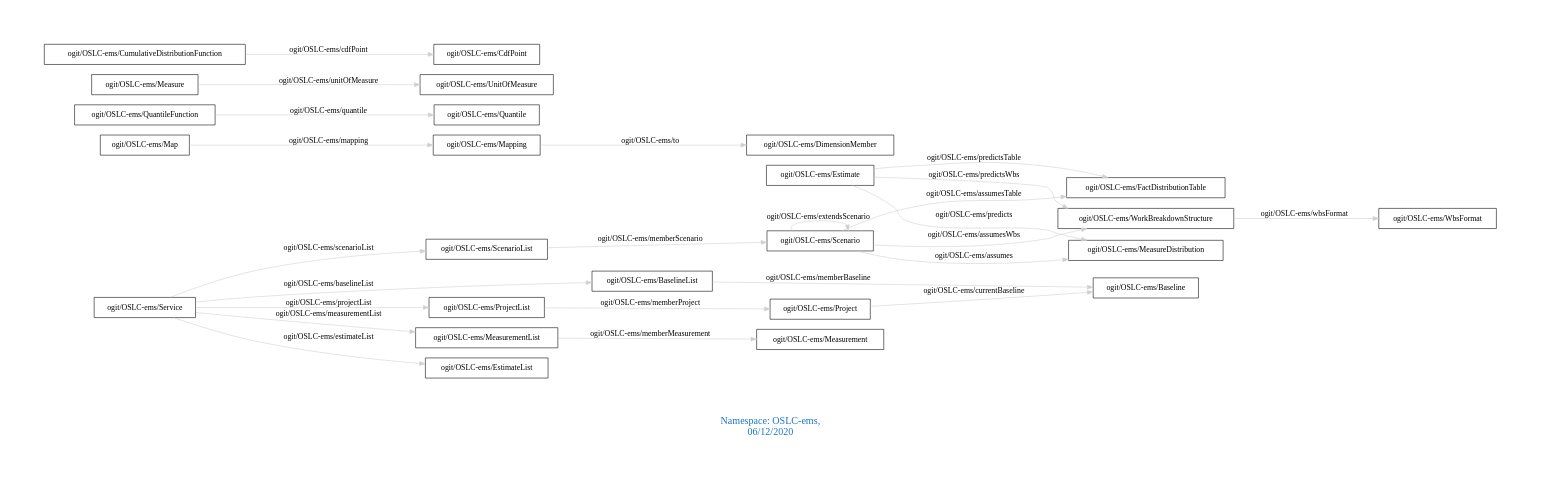
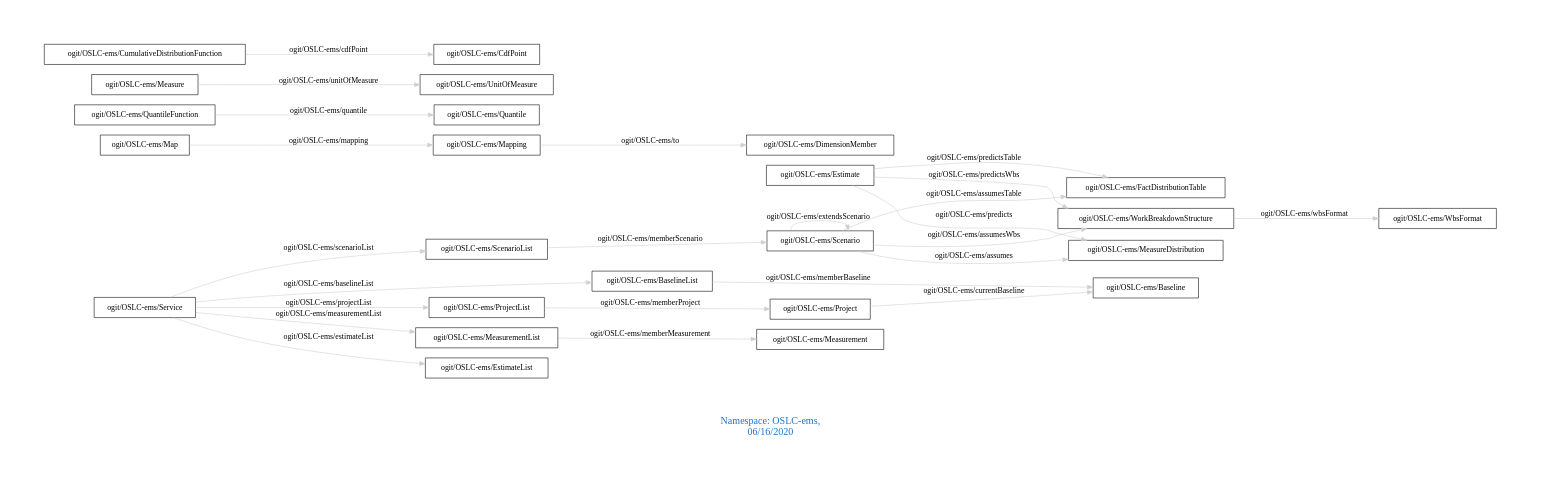
One commit to arago/OGIT changed the diagram in downloads/OSLC-ems.dot. Above: the diagram before and after it, drawn with Graphviz. The commit also changed 1750 other files, not shown here.

```diff
--- a/downloads/OSLC-ems.dot
+++ b/downloads/OSLC-ems.dot
@@ -1,31 +1,31 @@
 digraph OGIT_ontology {
  graph [ rankdir= LR,pad=1 
 fontsize = 18,
-fontcolor= dodgerblue3,label = "\n\n\nNamespace: OSLC-ems, \n 06/12/2020"];
+fontcolor= dodgerblue3,label = "\n\n\nNamespace: OSLC-ems, \n 06/16/2020"];
 node[shape=polygon];
 edge [  color="gray81"];
 
    "ogit/OSLC-ems/Estimate" -> "ogit/OSLC-ems/MeasureDistribution" [label="   ogit/OSLC-ems/predicts    "];
    "ogit/OSLC-ems/Mapping" -> "ogit/OSLC-ems/DimensionMember" [label="   ogit/OSLC-ems/to    "];
    "ogit/OSLC-ems/Service" -> "ogit/OSLC-ems/ProjectList" [label="   ogit/OSLC-ems/projectList    "];
    "ogit/OSLC-ems/QuantileFunction" -> "ogit/OSLC-ems/Quantile" [label="   ogit/OSLC-ems/quantile    "];
    "ogit/OSLC-ems/Service" -> "ogit/OSLC-ems/ScenarioList" [label="   ogit/OSLC-ems/scenarioList    "];
    "ogit/OSLC-ems/Measure" -> "ogit/OSLC-ems/UnitOfMeasure" [label="   ogit/OSLC-ems/unitOfMeasure    "];
    "ogit/OSLC-ems/ScenarioList" -> "ogit/OSLC-ems/Scenario" [label="   ogit/OSLC-ems/memberScenario    "];
    "ogit/OSLC-ems/Estimate" -> "ogit/OSLC-ems/FactDistributionTable" [label="   ogit/OSLC-ems/predictsTable    "];
    "ogit/OSLC-ems/BaselineList" -> "ogit/OSLC-ems/Baseline" [label="   ogit/OSLC-ems/memberBaseline    "];
    "ogit/OSLC-ems/Scenario" -> "ogit/OSLC-ems/WorkBreakdownStructure" [label="   ogit/OSLC-ems/assumesWbs    "];
    "ogit/OSLC-ems/CumulativeDistributionFunction" -> "ogit/OSLC-ems/CdfPoint" [label="   ogit/OSLC-ems/cdfPoint    "];
    "ogit/OSLC-ems/Project" -> "ogit/OSLC-ems/Baseline" [label="   ogit/OSLC-ems/currentBaseline    "];
    "ogit/OSLC-ems/ProjectList" -> "ogit/OSLC-ems/Project" [label="   ogit/OSLC-ems/memberProject    "];
    "ogit/OSLC-ems/Service" -> "ogit/OSLC-ems/BaselineList" [label="   ogit/OSLC-ems/baselineList    "];
    "ogit/OSLC-ems/Estimate" -> "ogit/OSLC-ems/WorkBreakdownStructure" [label="   ogit/OSLC-ems/predictsWbs    "];
    "ogit/OSLC-ems/Map" -> "ogit/OSLC-ems/Mapping" [label="   ogit/OSLC-ems/mapping    "];
    "ogit/OSLC-ems/MeasurementList" -> "ogit/OSLC-ems/Measurement" [label="   ogit/OSLC-ems/memberMeasurement    "];
    "ogit/OSLC-ems/Service" -> "ogit/OSLC-ems/MeasurementList" [label="   ogit/OSLC-ems/measurementList    "];
    "ogit/OSLC-ems/WorkBreakdownStructure" -> "ogit/OSLC-ems/WbsFormat" [label="   ogit/OSLC-ems/wbsFormat    "];
    "ogit/OSLC-ems/Service" -> "ogit/OSLC-ems/EstimateList" [label="   ogit/OSLC-ems/estimateList    "];
    "ogit/OSLC-ems/Scenario" -> "ogit/OSLC-ems/MeasureDistribution" [label="   ogit/OSLC-ems/assumes    "];
    "ogit/OSLC-ems/Scenario" -> "ogit/OSLC-ems/FactDistributionTable" [label="   ogit/OSLC-ems/assumesTable    "];
    "ogit/OSLC-ems/Scenario" -> "ogit/OSLC-ems/Scenario" [label="   ogit/OSLC-ems/extendsScenario    "];
 }
```
